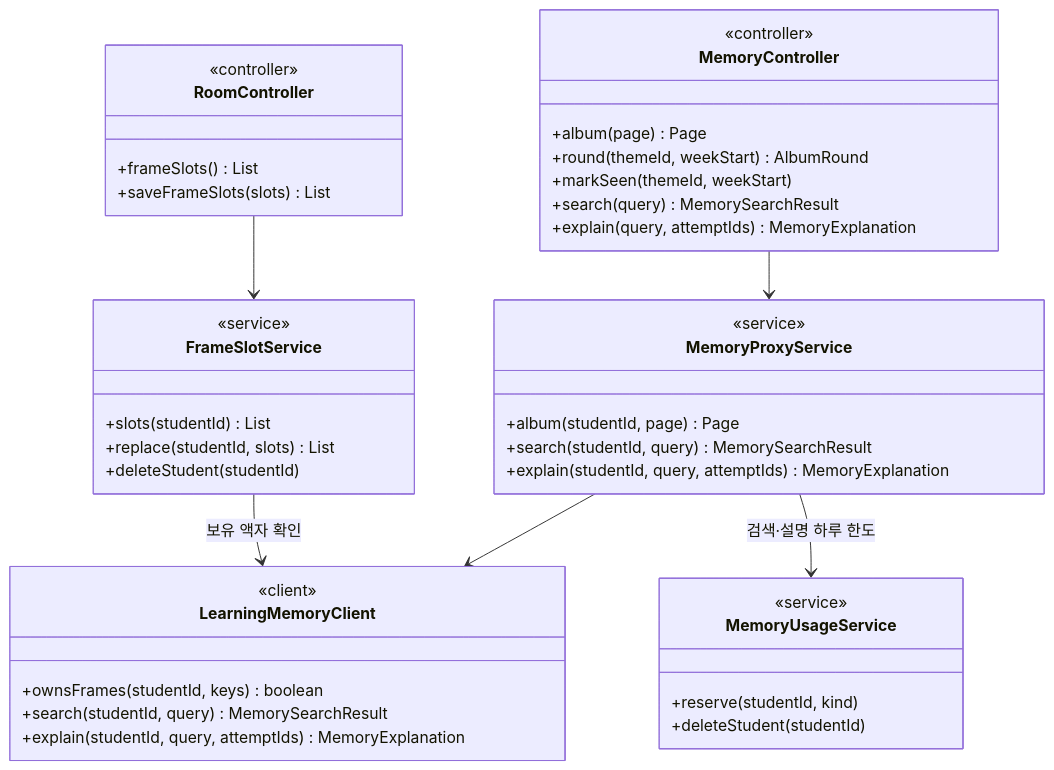
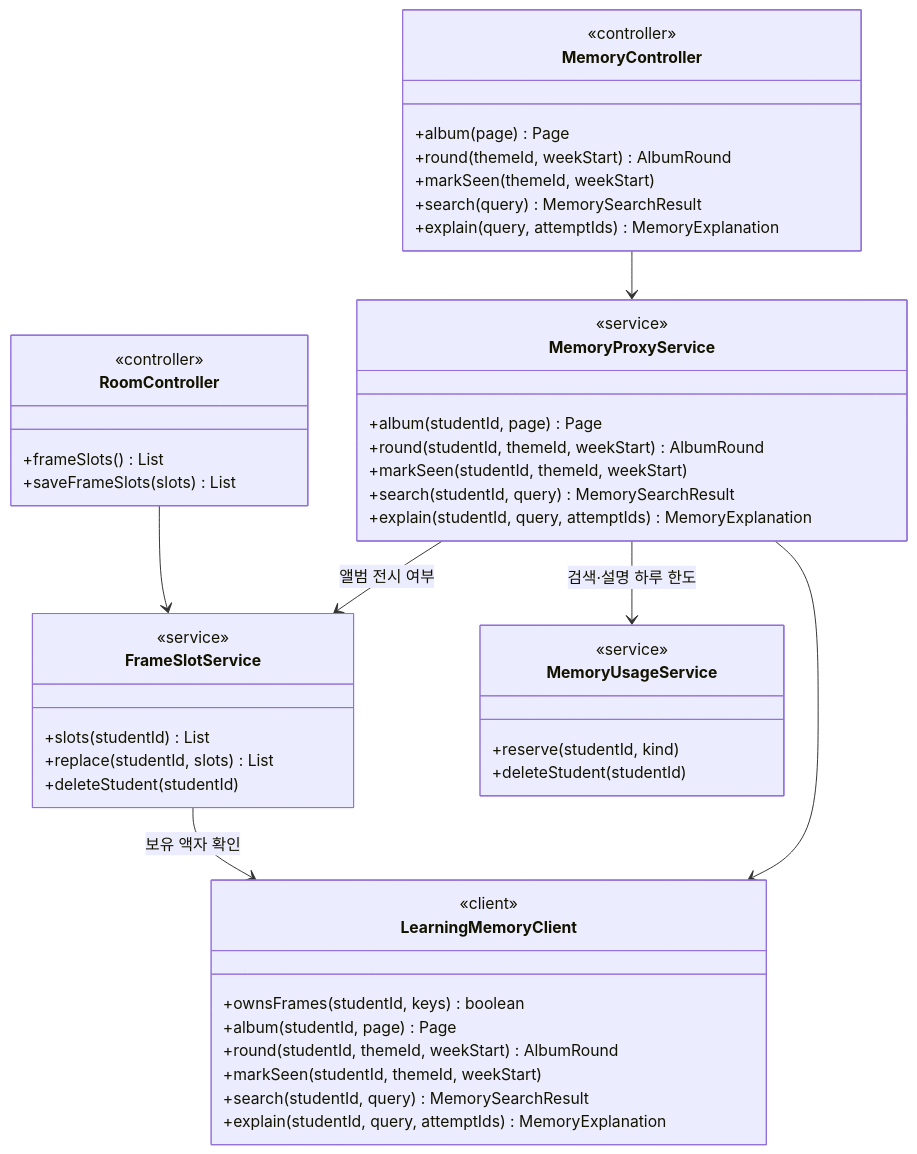
One commit to SKNETWORKS-FAMILY-AICAMP/SKN34-FINAL-3TEAM changed the ninth of 23 diagrams in docs/design/class-diagram.md. Above: the diagram before and after it, drawn with Mermaid. The commit also changed other lines of this file and 9 other files, not shown here.

````diff
--- a/docs/design/class-diagram.md
+++ b/docs/design/class-diagram.md
@@ -1422,46 +1422,52 @@
 ```mermaid
 classDiagram
   direction TB
   class RoomController {
     <<controller>>
     +frameSlots() List
     +saveFrameSlots(slots) List
   }
   class MemoryController {
     <<controller>>
     +album(page) Page
     +round(themeId, weekStart) AlbumRound
     +markSeen(themeId, weekStart)
     +search(query) MemorySearchResult
     +explain(query, attemptIds) MemoryExplanation
   }
   class FrameSlotService {
     <<service>>
     +slots(studentId) List
     +replace(studentId, slots) List
     +deleteStudent(studentId)
   }
   class MemoryUsageService {
     <<service>>
     +reserve(studentId, kind)
     +deleteStudent(studentId)
   }
   class MemoryProxyService {
     <<service>>
     +album(studentId, page) Page
+    +round(studentId, themeId, weekStart) AlbumRound
+    +markSeen(studentId, themeId, weekStart)
     +search(studentId, query) MemorySearchResult
     +explain(studentId, query, attemptIds) MemoryExplanation
   }
   class LearningMemoryClient {
     <<client>>
     +ownsFrames(studentId, keys) boolean
+    +album(studentId, page) Page
+    +round(studentId, themeId, weekStart) AlbumRound
+    +markSeen(studentId, themeId, weekStart)
     +search(studentId, query) MemorySearchResult
     +explain(studentId, query, attemptIds) MemoryExplanation
   }
 
   RoomController --> FrameSlotService
   MemoryController --> MemoryProxyService
   FrameSlotService --> LearningMemoryClient : 보유 액자 확인
   MemoryProxyService --> MemoryUsageService : 검색·설명 하루 한도
+  MemoryProxyService --> FrameSlotService : 앨범 전시 여부
   MemoryProxyService --> LearningMemoryClient
 ```
````
